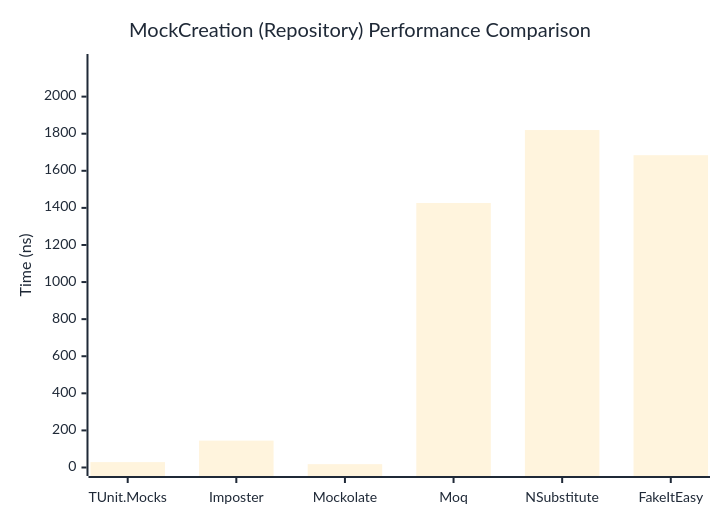
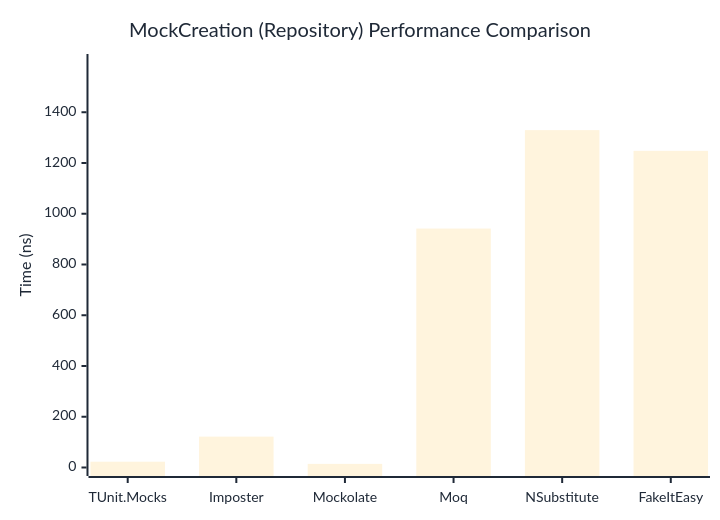
One commit to thomhurst/TUnit changed the second of 2 diagrams in docs/docs/benchmarks/mocks/MockCreation.md. Above: the diagram before and after it, drawn with Mermaid. The commit also changed other lines of this file and 14 other files, not shown here.

````diff
--- a/docs/docs/benchmarks/mocks/MockCreation.md
+++ b/docs/docs/benchmarks/mocks/MockCreation.md
@@ -71,27 +71,27 @@
 ```mermaid
 %%{init: {
   'theme':'base',
   'themeVariables': {
     'primaryColor': '#2563eb',
     'primaryTextColor': '#1f2937',
     'primaryBorderColor': '#1e40af',
     'lineColor': '#6b7280',
     'secondaryColor': '#7c3aed',
     'tertiaryColor': '#dc2626',
     'background': '#ffffff',
     'pie1': '#2563eb',
     'pie2': '#7c3aed',
     'pie3': '#dc2626',
     'pie4': '#f59e0b',
     'pie5': '#10b981',
     'pie6': '#06b6d4',
     'pie7': '#ec4899',
     'pie8': '#6366f1'
   }
 }}%%
 xychart-beta
   title "MockCreation (Repository) Performance Comparison"
   x-axis ["TUnit.Mocks", "Imposter", "Mockolate", "Moq", "NSubstitute", "FakeItEasy"]
-  y-axis "Time (ns)" 0 --> 2184
-  bar [29.18, 145.02, 18.04, 1426.39, 1819.69, 1684.19]
+  y-axis "Time (ns)" 0 --> 1596
+  bar [22.85, 121.68, 14.27, 941.66, 1329.49, 1247.89]
 ```
````
